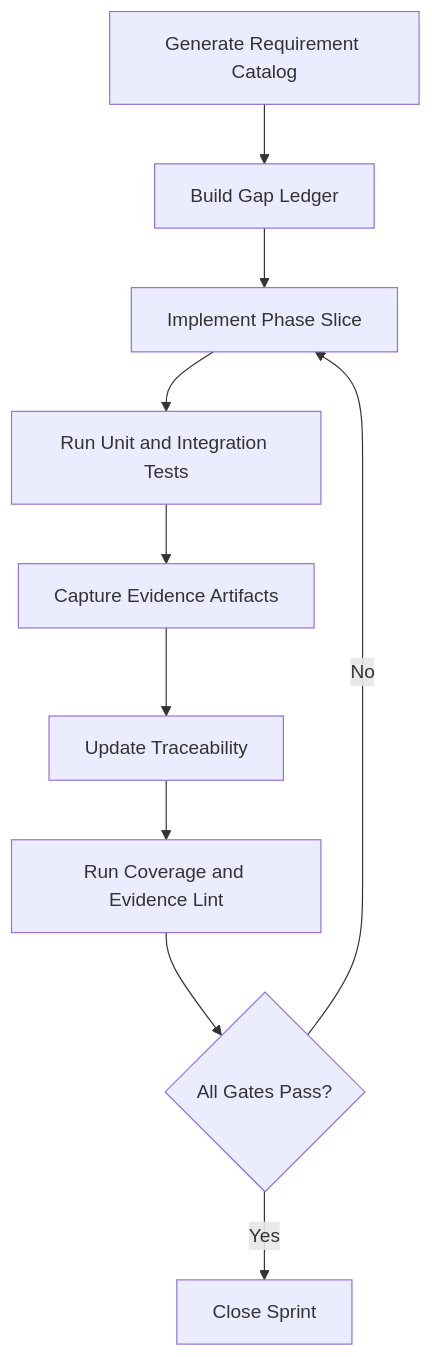
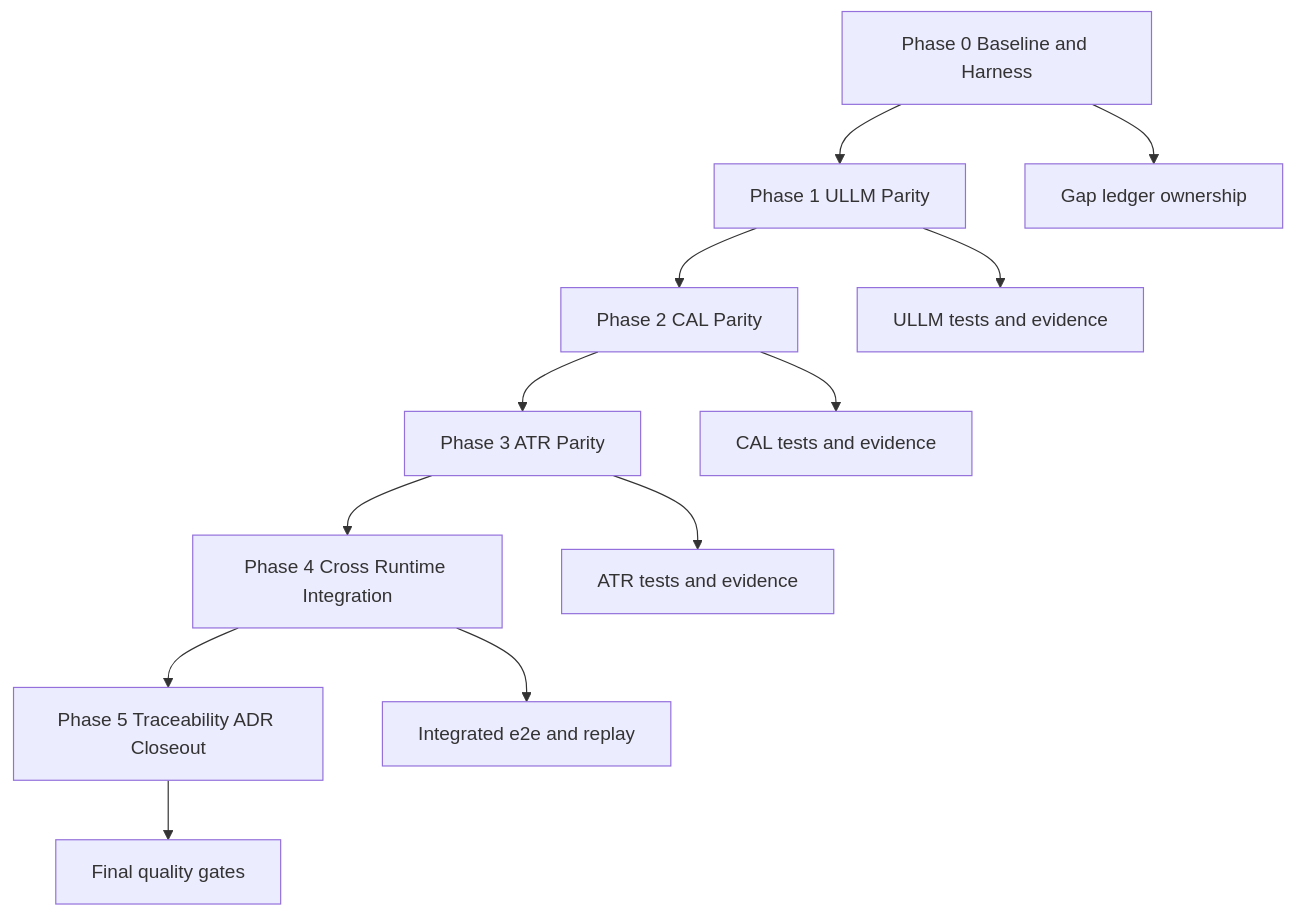
Before and after one commit to jaytaylor/attractor-tcl: the third of 5 diagrams in docs/sprints/SPRINT-003-comprehensive-implementation-plan.md, drawn with Mermaid. The commit also changed other lines of this file, not shown here.

Commit message:
docs(sprint-003): mark implementation plan complete with verified evidence

````diff
--- a/docs/sprints/SPRINT-003-comprehensive-implementation-plan.md
+++ b/docs/sprints/SPRINT-003-comprehensive-implementation-plan.md
@@ -1190,12 +1112,14 @@
 ```mermaid
 flowchart TD
-  A[Generate Requirement Catalog] --> B[Build Gap Ledger]
-  B --> C[Implement Phase Slice]
-  C --> D[Run Unit and Integration Tests]
-  D --> E[Capture Evidence Artifacts]
-  E --> F[Update Traceability]
-  F --> G[Run Coverage and Evidence Lint]
-  G --> H{All Gates Pass?}
-  H -->|No| C
-  H -->|Yes| I[Close Sprint]
+    A[Phase 0 Baseline and Harness] --> B[Phase 1 ULLM Parity]
+    B --> C[Phase 2 CAL Parity]
+    C --> D[Phase 3 ATR Parity]
+    D --> E[Phase 4 Cross Runtime Integration]
+    E --> F[Phase 5 Traceability ADR Closeout]
+    A --> A1[Gap ledger ownership]
+    B --> B1[ULLM tests and evidence]
+    C --> C1[CAL tests and evidence]
+    D --> D1[ATR tests and evidence]
+    E --> E1[Integrated e2e and replay]
+    F --> F1[Final quality gates]
 ```
````
